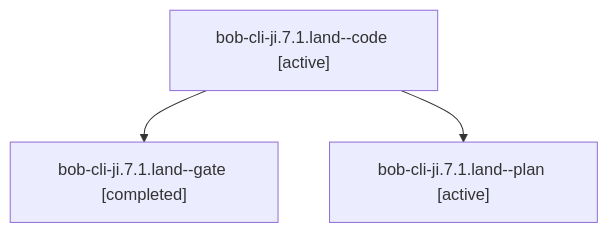
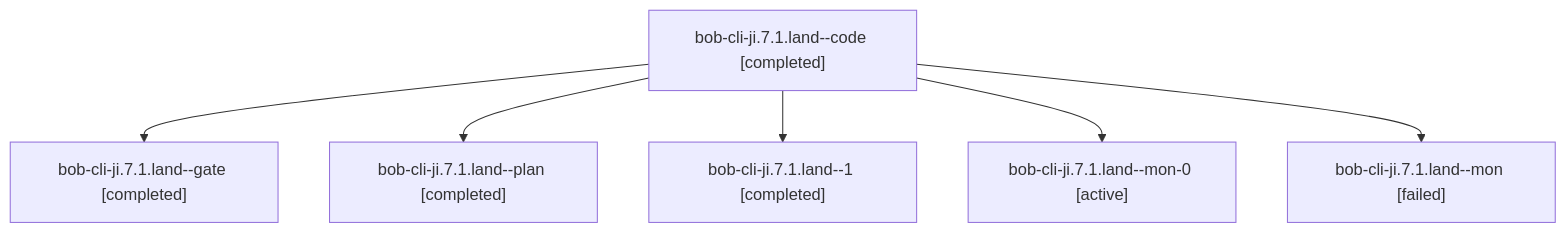
Before and after one commit to bobs-org/bob-cli--agents: the diagram in sessions/bbugyi200.apollo.bob-cli-ji.7.1.land.md, drawn with Mermaid. The commit also changed other lines of this file and 74 other files, not shown here.

````diff
--- a/sessions/bbugyi200.apollo.bob-cli-ji.7.1.land.md
+++ b/sessions/bbugyi200.apollo.bob-cli-ji.7.1.land.md
@@ -9,8 +9,14 @@
 ```mermaid
 flowchart TD
-  n0["bob-cli-ji.7.1.land--code [active]"]
+  n0["bob-cli-ji.7.1.land--code [completed]"]
   n1["bob-cli-ji.7.1.land--gate [completed]"]
   n0 --> n1
-  n2["bob-cli-ji.7.1.land--plan [active]"]
+  n2["bob-cli-ji.7.1.land--plan [completed]"]
   n0 --> n2
+  n3["bob-cli-ji.7.1.land--1 [completed]"]
+  n0 --> n3
+  n4["bob-cli-ji.7.1.land--mon-0 [active]"]
+  n0 --> n4
+  n5["bob-cli-ji.7.1.land--mon [failed]"]
+  n0 --> n5
 ```
````
